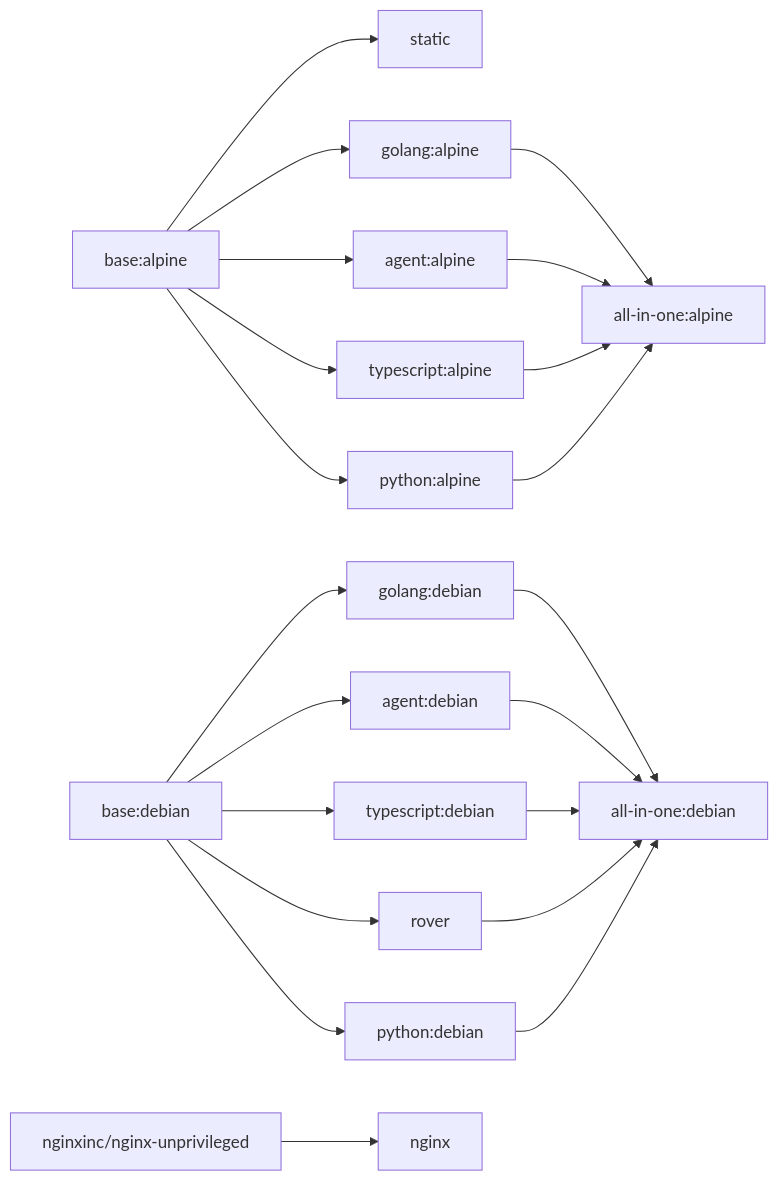
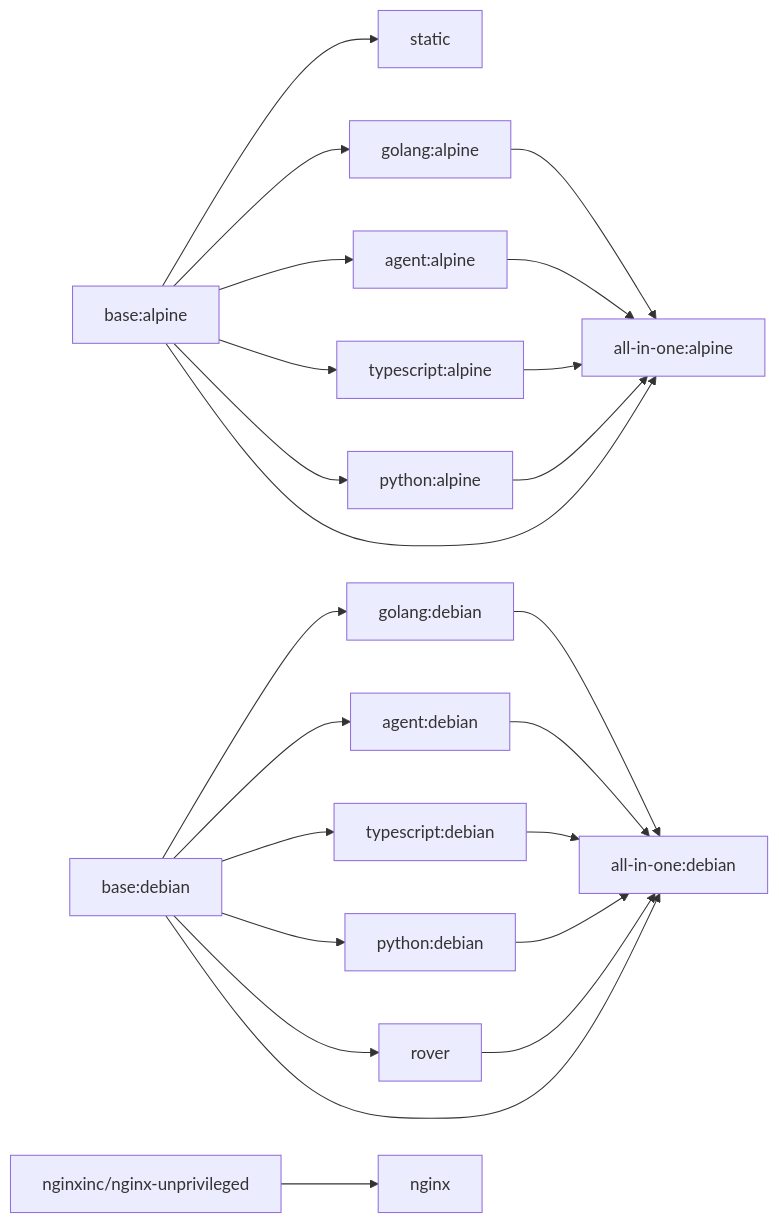
The diagram in README.md (pyck-ai/baseimages), drawn with Mermaid before and after one commit. The commit also changed other lines of this file and 26 other files, not shown here.

````diff
--- a/README.md
+++ b/README.md
@@ -105,31 +116,33 @@
 ```mermaid
 graph LR
   base-alpine["base:alpine"]
   base-debian["base:debian"]
   nginx-base["nginxinc/nginx-unprivileged"]
 
   base-alpine --> static
   base-alpine --> golang-alpine["golang:alpine"]
   base-alpine --> agent-alpine["agent:alpine"]
   base-alpine --> typescript-alpine["typescript:alpine"]
   base-alpine --> python-alpine["python:alpine"]
 
   base-debian --> golang-debian["golang:debian"]
   base-debian --> agent-debian["agent:debian"]
   base-debian --> typescript-debian["typescript:debian"]
   base-debian --> python-debian["python:debian"]
   base-debian --> rover
 
-  golang-alpine --> aio-alpine["all-in-one:alpine"]
+  base-alpine --> aio-alpine["all-in-one:alpine"]
+  golang-alpine --> aio-alpine
   agent-alpine --> aio-alpine
   typescript-alpine --> aio-alpine
   python-alpine --> aio-alpine
 
-  golang-debian --> aio-debian["all-in-one:debian"]
+  base-debian --> aio-debian["all-in-one:debian"]
+  golang-debian --> aio-debian
   agent-debian --> aio-debian
   typescript-debian --> aio-debian
   rover --> aio-debian
   python-debian --> aio-debian
 
   nginx-base --> nginx
 ```
````
